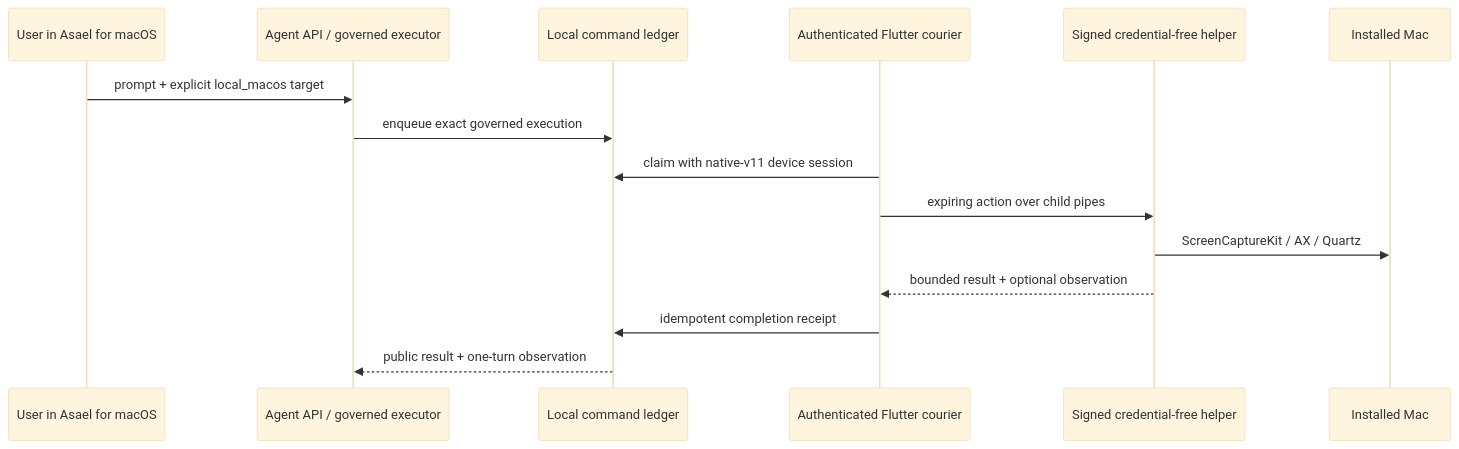
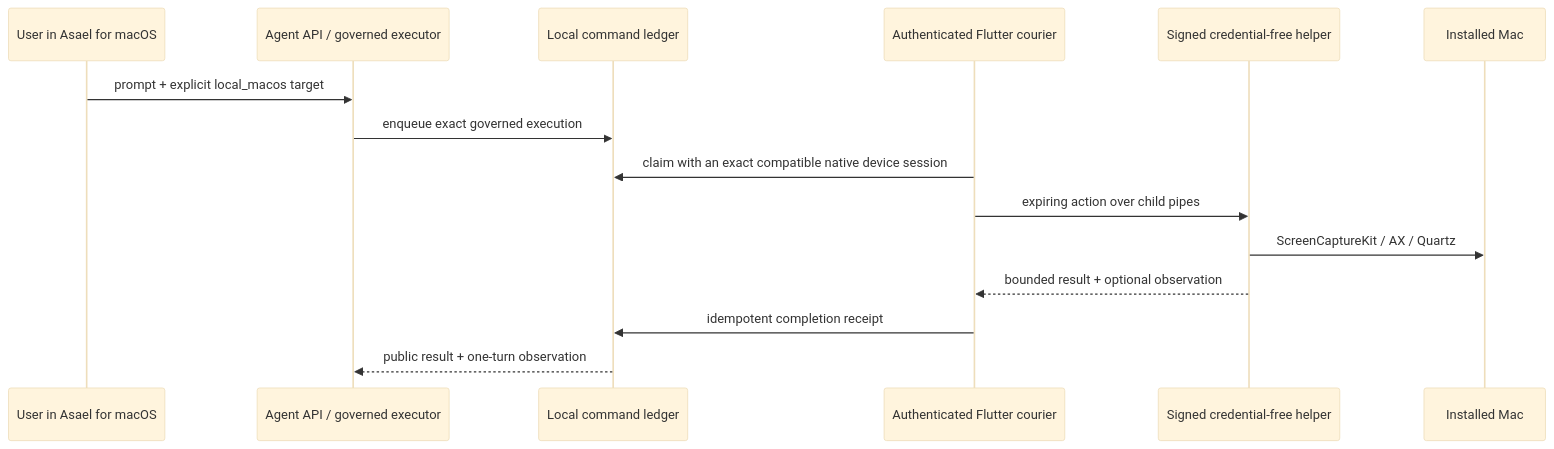
One commit to benniejoseph/OmniAgentOS changed the third of 3 diagrams in docs/architecture.md. Above: the diagram before and after it, drawn with Mermaid (base theme). The commit also changed other lines of this file and 19 other files, not shown here.

````diff
--- a/docs/architecture.md
+++ b/docs/architecture.md
@@ -223,18 +225,18 @@
 ```mermaid
 sequenceDiagram
   participant U as User in Asael for macOS
   participant A as Agent API / governed executor
   participant Q as Local command ledger
   participant F as Authenticated Flutter courier
   participant H as Signed credential-free helper
   participant M as Installed Mac
 
   U->>A: prompt + explicit local_macos target
   A->>Q: enqueue exact governed execution
-  F->>Q: claim with native-v11 device session
+  F->>Q: claim with an exact compatible native device session
   F->>H: expiring action over child pipes
   H->>M: ScreenCaptureKit / AX / Quartz
   H-->>F: bounded result + optional observation
   F->>Q: idempotent completion receipt
   Q-->>A: public result + one-turn observation
 ```
````
